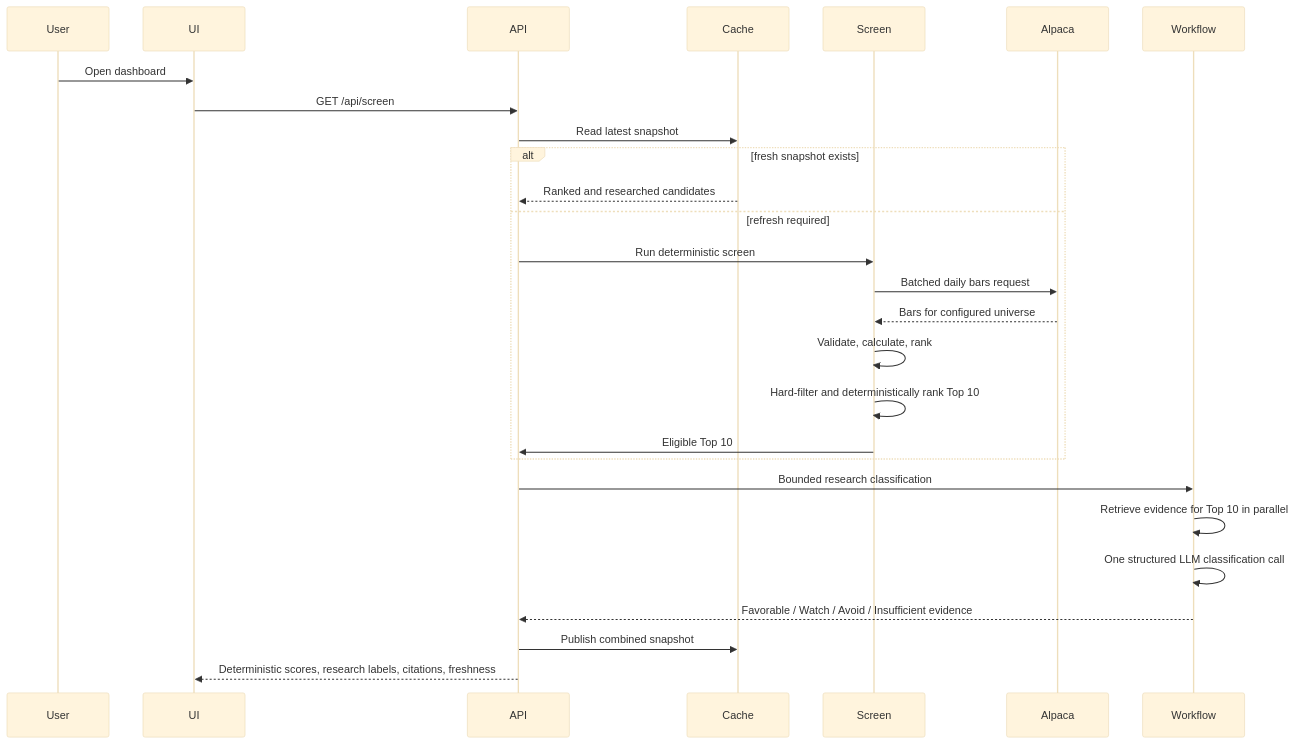
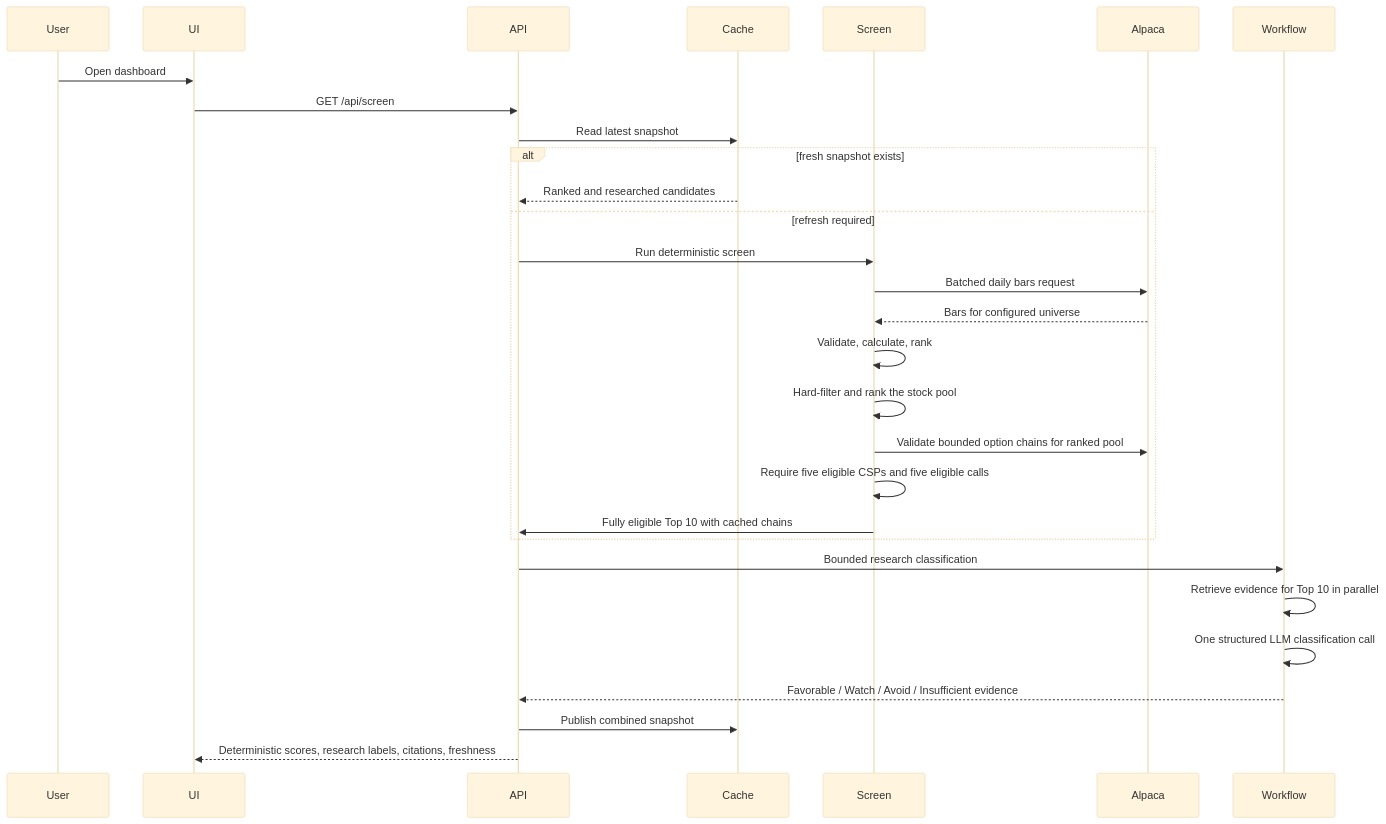
Before and after one commit to SaiKalyan124/csp-screener-capstone: the third of 4 diagrams in docs/ARCHITECTURE.md, drawn with Mermaid (base theme). The commit also changed 7 other files, not shown here.

````diff
--- a/docs/ARCHITECTURE.md
+++ b/docs/ARCHITECTURE.md
@@ -48,29 +48,31 @@
 ```mermaid
 sequenceDiagram
     participant User
     participant UI
     participant API
     participant Cache
     participant Screen
     participant Alpaca
 
     User->>UI: Open dashboard
     UI->>API: GET /api/screen
     API->>Cache: Read latest snapshot
     alt fresh snapshot exists
         Cache-->>API: Ranked and researched candidates
     else refresh required
         API->>Screen: Run deterministic screen
         Screen->>Alpaca: Batched daily bars request
         Alpaca-->>Screen: Bars for configured universe
         Screen->>Screen: Validate, calculate, rank
-        Screen->>Screen: Hard-filter and deterministically rank Top 10
-        Screen->>API: Eligible Top 10
+        Screen->>Screen: Hard-filter and rank the stock pool
+        Screen->>Alpaca: Validate bounded option chains for ranked pool
+        Screen->>Screen: Require five eligible CSPs and five eligible calls
+        Screen->>API: Fully eligible Top 10 with cached chains
     end
     API->>Workflow: Bounded research classification
     Workflow->>Workflow: Retrieve evidence for Top 10 in parallel
     Workflow->>Workflow: One structured LLM classification call
     Workflow-->>API: Favorable / Watch / Avoid / Insufficient evidence
     API->>Cache: Publish combined snapshot
     API-->>UI: Deterministic scores, research labels, citations, freshness
 ```
````
